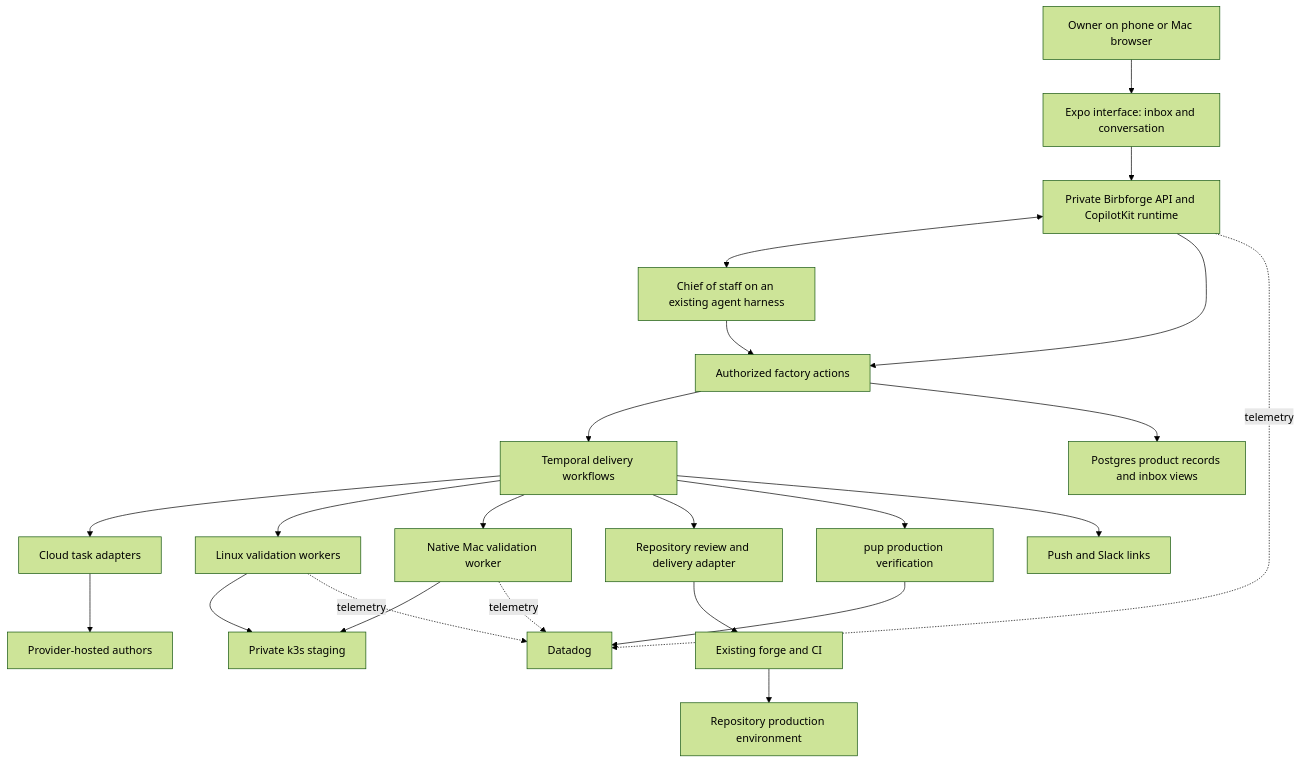
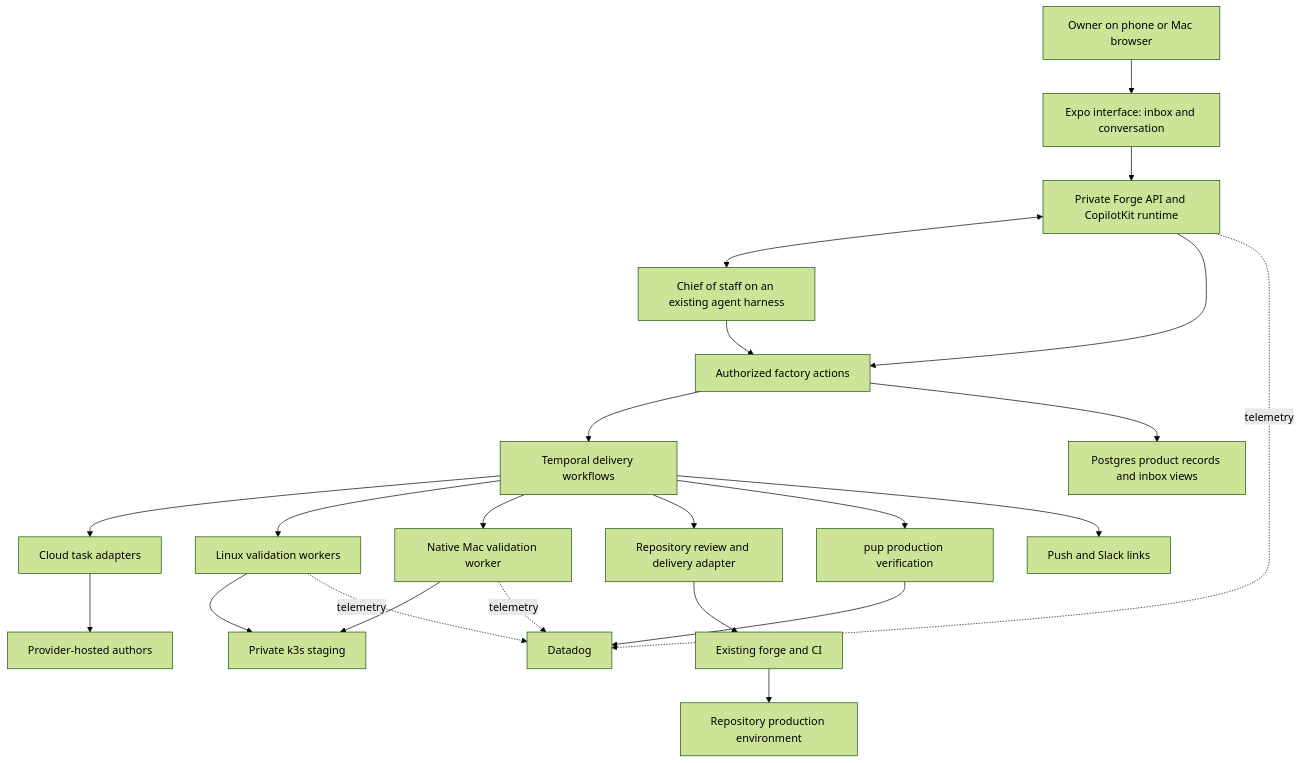
Before and after one commit to mattsp1290/birbforge: the diagram in docs/component-options.md, drawn with Mermaid (forest theme). The commit also changed other lines of this file and 84 other files, not shown here.

````diff
--- a/docs/component-options.md
+++ b/docs/component-options.md
@@ -245,25 +245,25 @@
 ```mermaid
 flowchart TB
     Human[Owner on phone or Mac browser] --> UI[Expo interface: inbox and conversation]
-    UI --> API[Private Birbforge API and CopilotKit runtime]
+    UI --> API[Private Forge API and CopilotKit runtime]
     API <--> Chief[Chief of staff on an existing agent harness]
     Chief --> Actions[Authorized factory actions]
     API --> Actions
     Actions --> Temporal[Temporal delivery workflows]
     Actions --> Records[Postgres product records and inbox views]
     Temporal --> Dispatch[Cloud task adapters]
     Dispatch --> Cloud[Provider-hosted authors]
     Temporal --> Linux[Linux validation workers]
     Temporal --> Mac[Native Mac validation worker]
     Linux --> Staging[Private k3s staging]
     Mac --> Staging
     Temporal --> Delivery[Repository review and delivery adapter]
     Delivery --> CI[Existing forge and CI]
     CI --> Production[Repository production environment]
     Temporal --> Health[pup production verification]
     Health --> Datadog[Datadog]
     Temporal --> Notify[Push and Slack links]
     API -. telemetry .-> Datadog
     Linux -. telemetry .-> Datadog
     Mac -. telemetry .-> Datadog
 ```
````
